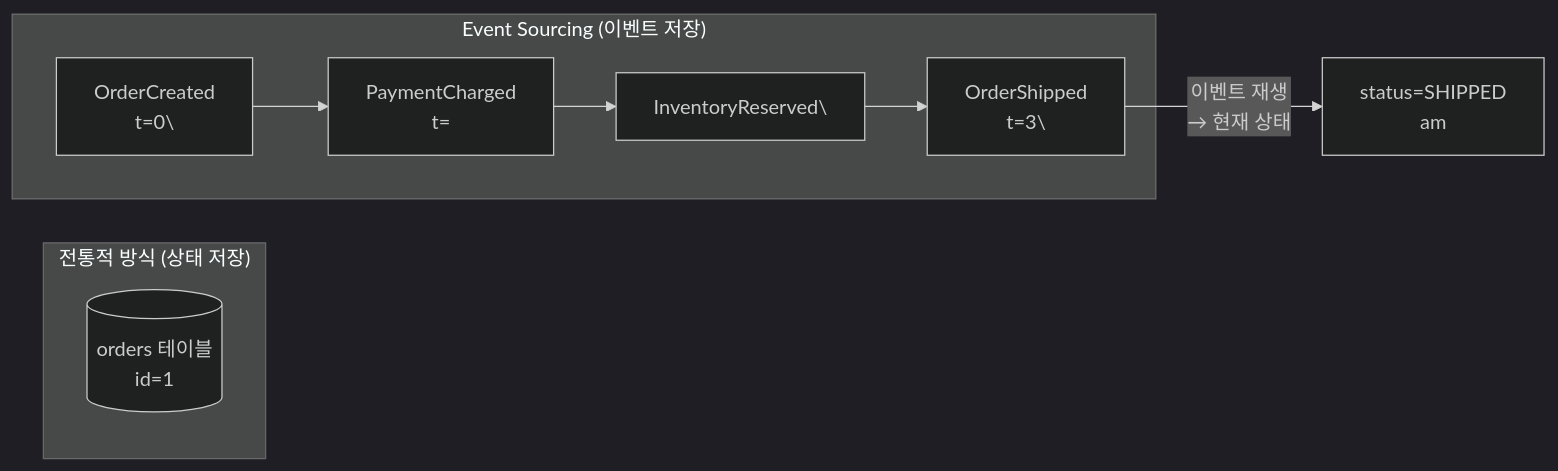
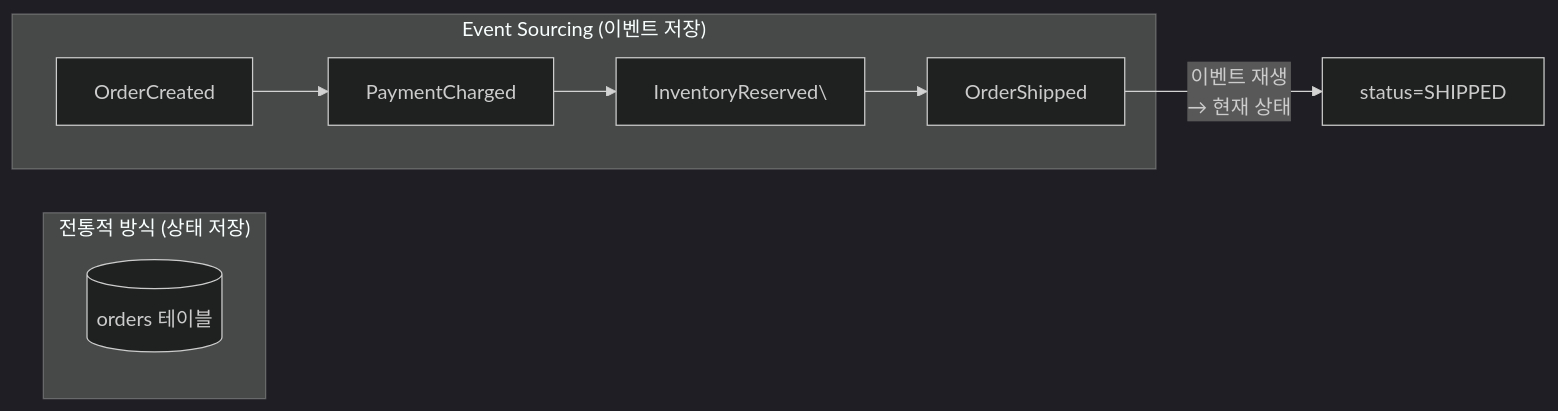
The third of 4 diagrams in _posts/architecture/2026-05-01-event-driven.md (yjkim2015/yjkim2015.github.io), drawn with Mermaid (dark theme) before and after one commit. The commit also changed other lines of this file and 217 other files, not shown here.

First line of the commit message:
Mermaid 크기 수정: useMaxWidth:true + SVG max-width:100% + 라벨 축소

````diff
--- a/_posts/architecture/2026-05-01-event-driven.md
+++ b/_posts/architecture/2026-05-01-event-driven.md
@@ -144,14 +144,14 @@
 ```mermaid
 graph LR
     subgraph "전통적 방식 (상태 저장)"
-        DB1[("orders 테이블\nid=1\n")]
+        DB1[("orders 테이블")]
     end
     subgraph "Event Sourcing (이벤트 저장)"
-        E1["OrderCreated\nt=0\"]
-        E2["PaymentCharged\nt="]
+        E1["OrderCreated"]
+        E2["PaymentCharged"]
         E3["InventoryReserved\"]
-        E4["OrderShipped\nt=3\"]
+        E4["OrderShipped"]
         E1 --> E2 --> E3 --> E4
     end
-    E4 -->|"이벤트 재생\n→ 현재 상태"| STATE["status=SHIPPED\nam"]
+    E4 -->|"이벤트 재생\n→ 현재 상태"| STATE["status=SHIPPED"]
 ```
````
